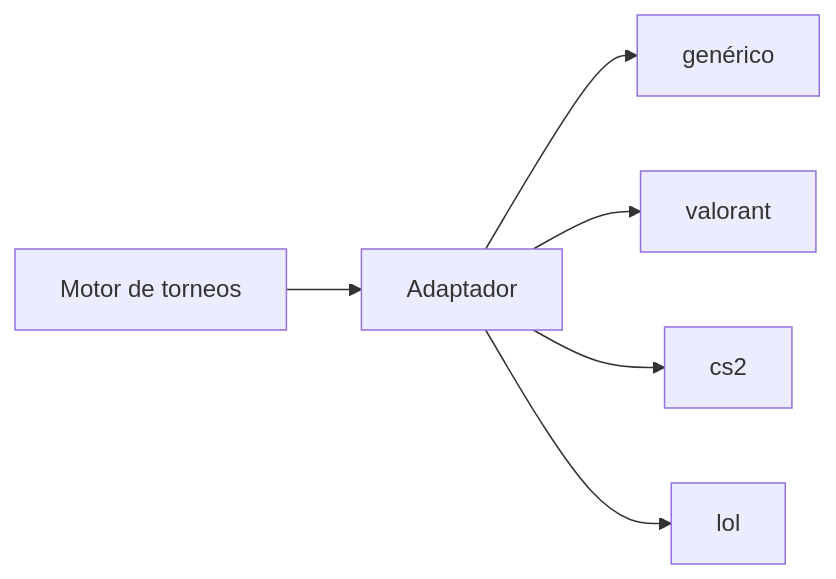
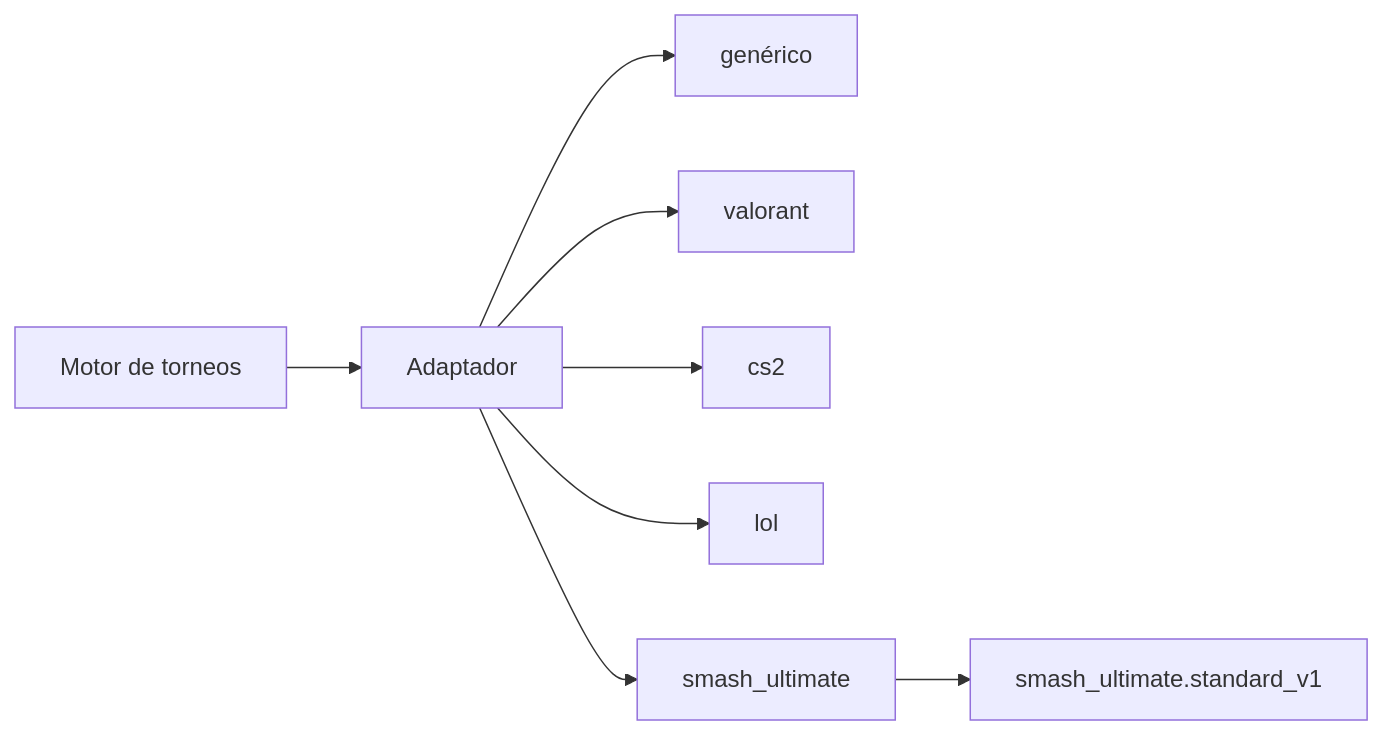
The diagram in docs/GAME_ADAPTERS.md (Dieguezar/opentournament), drawn with Mermaid before and after one commit. The commit also changed other lines of this file and 14 other files, not shown here.

Commit message:
feat(games): add Smash Ultimate tournament template

````diff
--- a/docs/GAME_ADAPTERS.md
+++ b/docs/GAME_ADAPTERS.md
@@ -7,8 +7,10 @@
 ```mermaid
 flowchart LR
   Engine[Motor de torneos] --> Adapter[Adaptador]
   Adapter --> Generic[genérico]
   Adapter --> Valorant[valorant]
   Adapter --> CS2[cs2]
   Adapter --> LoL[lol]
+  Adapter --> Smash[smash_ultimate]
+  Smash --> Template[smash_ultimate.standard_v1]
 ```
````
